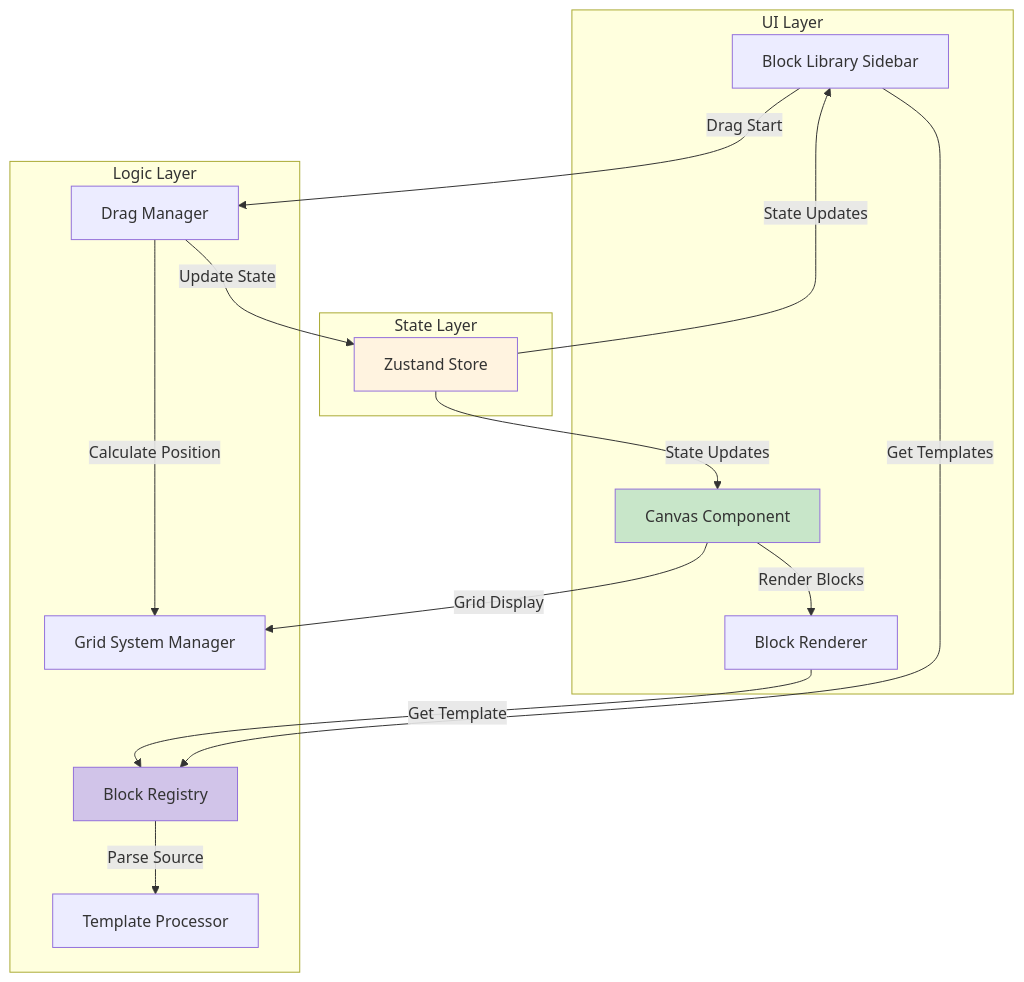
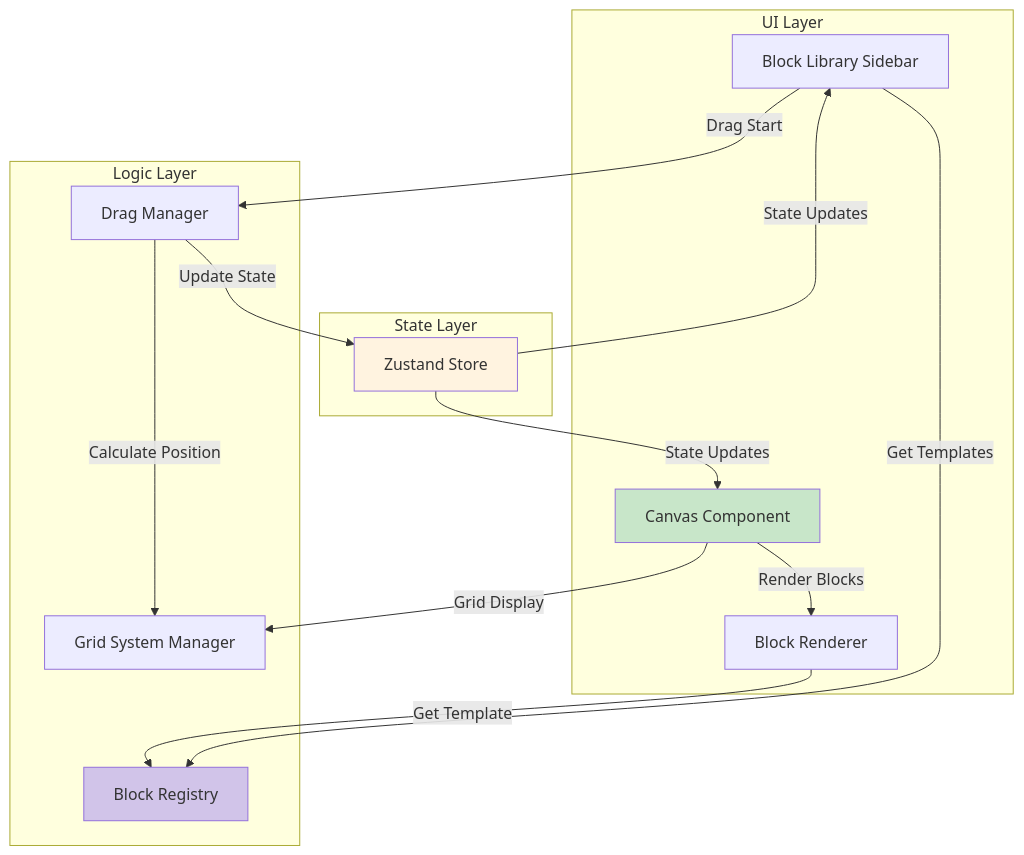
The diagram in docs/architecture/components.md (litkeys/DraftCN), drawn with Mermaid before and after one commit. The commit also changed other lines of this file and 33 other files, not shown here.

````diff
--- a/docs/architecture/components.md
+++ b/docs/architecture/components.md
@@ -117,37 +104,35 @@
 ```mermaid
 graph TB
     subgraph "UI Layer"
         Canvas[Canvas Component]
         Sidebar[Block Library Sidebar]
         Renderer[Block Renderer]
     end
     
     subgraph "Logic Layer"
         DragMgr[Drag Manager]
         GridMgr[Grid System Manager]
         Registry[Block Registry]
-        Processor[Template Processor]
     end
     
     subgraph "State Layer"
         Store[Zustand Store]
     end
     
     Sidebar -->|Drag Start| DragMgr
     DragMgr -->|Calculate Position| GridMgr
     DragMgr -->|Update State| Store
     
     Canvas -->|Render Blocks| Renderer
     Renderer -->|Get Template| Registry
-    Registry -->|Parse Source| Processor
     
     Canvas -->|Grid Display| GridMgr
     Sidebar -->|Get Templates| Registry
     
     Store -->|State Updates| Canvas
     Store -->|State Updates| Sidebar
     
     style Store fill:#fff3e0
     style Registry fill:#d1c4e9
     style Canvas fill:#c8e6c9
 ```
````
